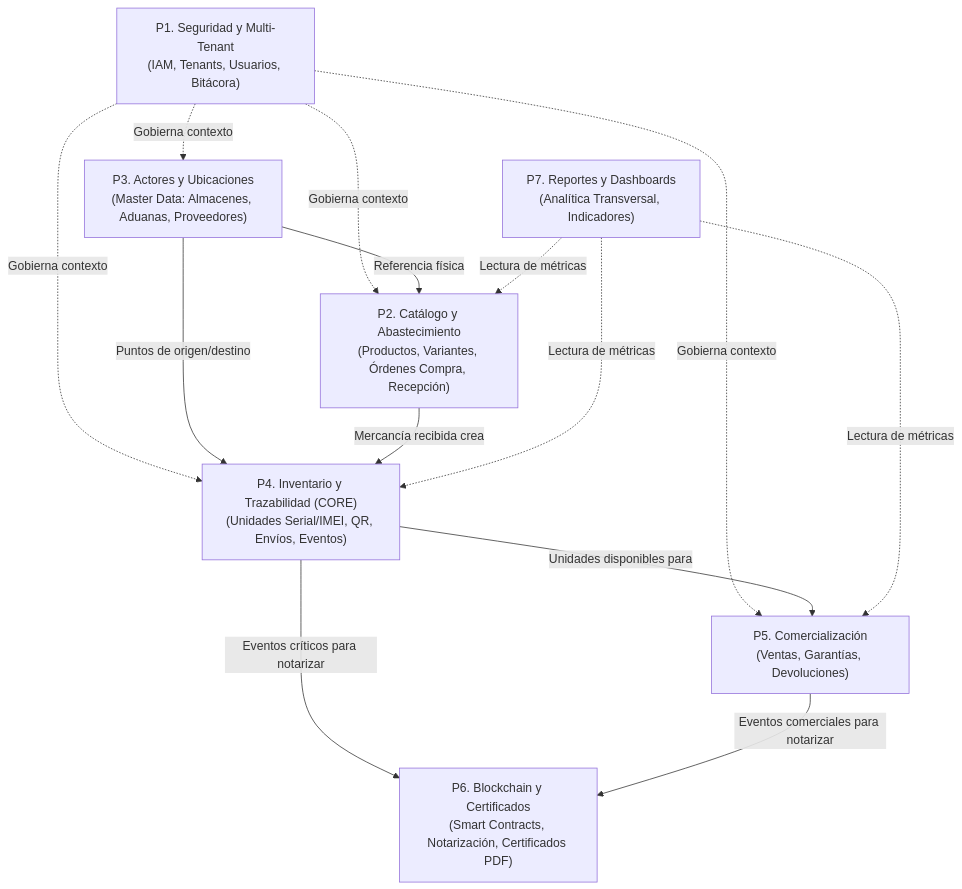
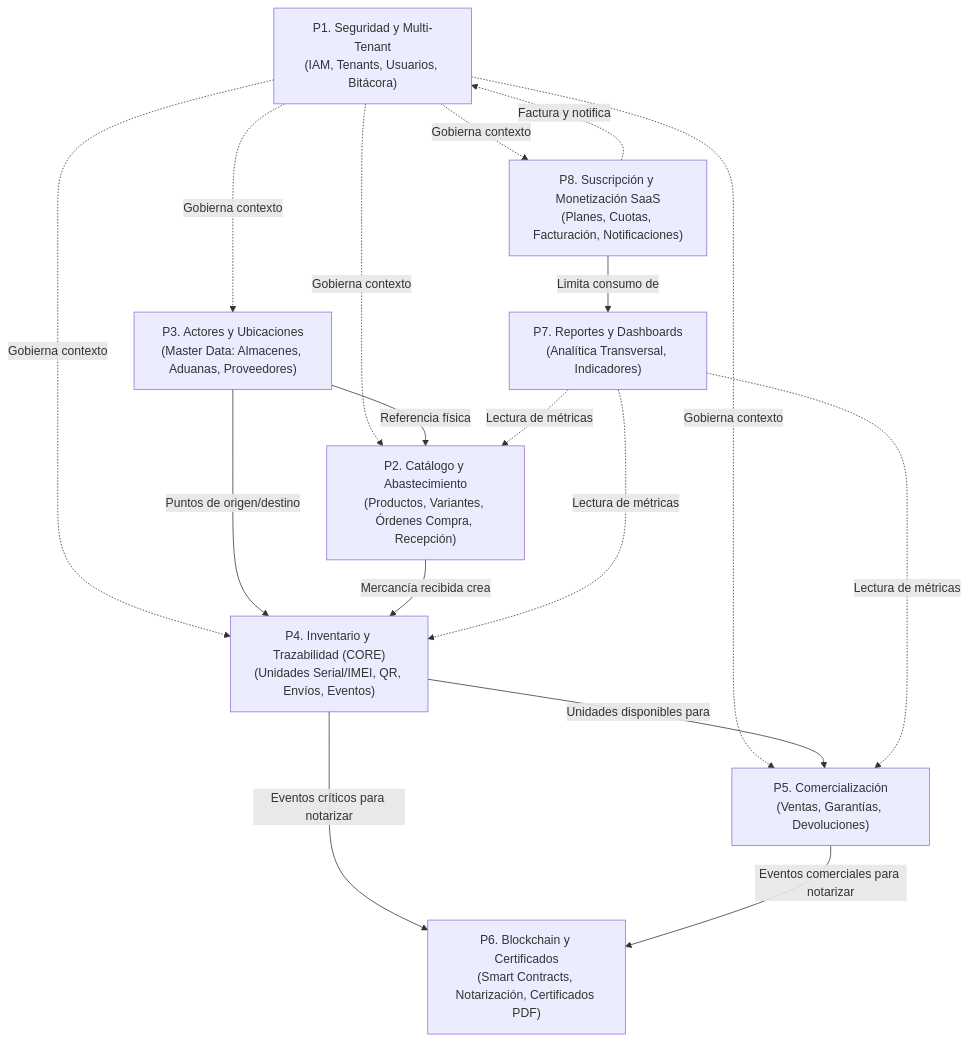
One commit to RafaelLMCHO/Grupo5_si2 changed the third of 4 diagrams in docs/ARCHITECTURE.md. Above: the diagram before and after it, drawn with Mermaid. The commit also changed other lines of this file and 136 other files, not shown here.

````diff
--- a/docs/ARCHITECTURE.md
+++ b/docs/ARCHITECTURE.md
@@ -101,26 +101,30 @@
 ```mermaid
 flowchart TD
     P1["P1. Seguridad y Multi-Tenant\n(IAM, Tenants, Usuarios, Bitácora)"]
     P3["P3. Actores y Ubicaciones\n(Master Data: Almacenes, Aduanas, Proveedores)"]
     P2["P2. Catálogo y Abastecimiento\n(Productos, Variantes, Órdenes Compra, Recepción)"]
     P4["P4. Inventario y Trazabilidad (CORE)\n(Unidades Serial/IMEI, QR, Envíos, Eventos)"]
     P5["P5. Comercialización\n(Ventas, Garantías, Devoluciones)"]
     P6["P6. Blockchain y Certificados\n(Smart Contracts, Notarización, Certificados PDF)"]
     P7["P7. Reportes y Dashboards\n(Analítica Transversal, Indicadores)"]
+    P8["P8. Suscripción y Monetización SaaS\n(Planes, Cuotas, Facturación, Notificaciones)"]
 
     P1 -.->|Gobierna contexto| P2
     P1 -.->|Gobierna contexto| P3
     P1 -.->|Gobierna contexto| P4
     P1 -.->|Gobierna contexto| P5
+    P1 -.->|Gobierna contexto| P8
 
     P3 -->|Referencia física| P2
     P3 -->|Puntos de origen/destino| P4
     P2 -->|Mercancía recibida crea| P4
     P4 -->|Unidades disponibles para| P5
     P4 -->|Eventos críticos para notarizar| P6
     P5 -->|Eventos comerciales para notarizar| P6
 
     P7 -.->|Lectura de métricas| P2
     P7 -.->|Lectura de métricas| P4
     P7 -.->|Lectura de métricas| P5
+    P8 -->|Limita consumo de| P7
+    P8 -.->|Factura y notifica| P1
 ```
````
